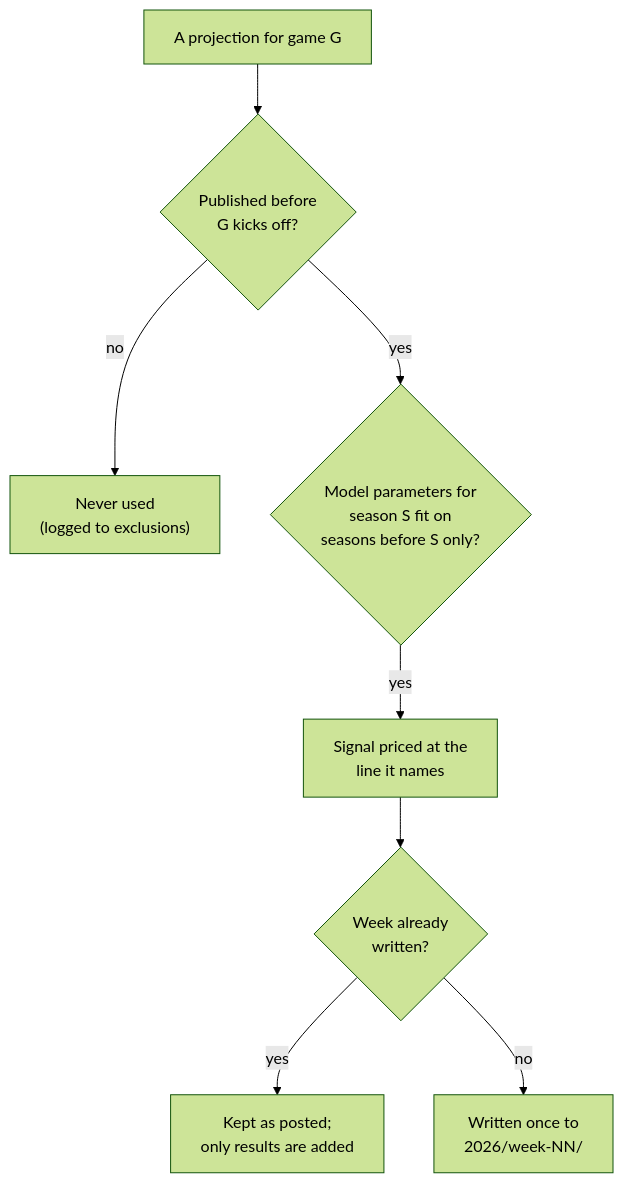
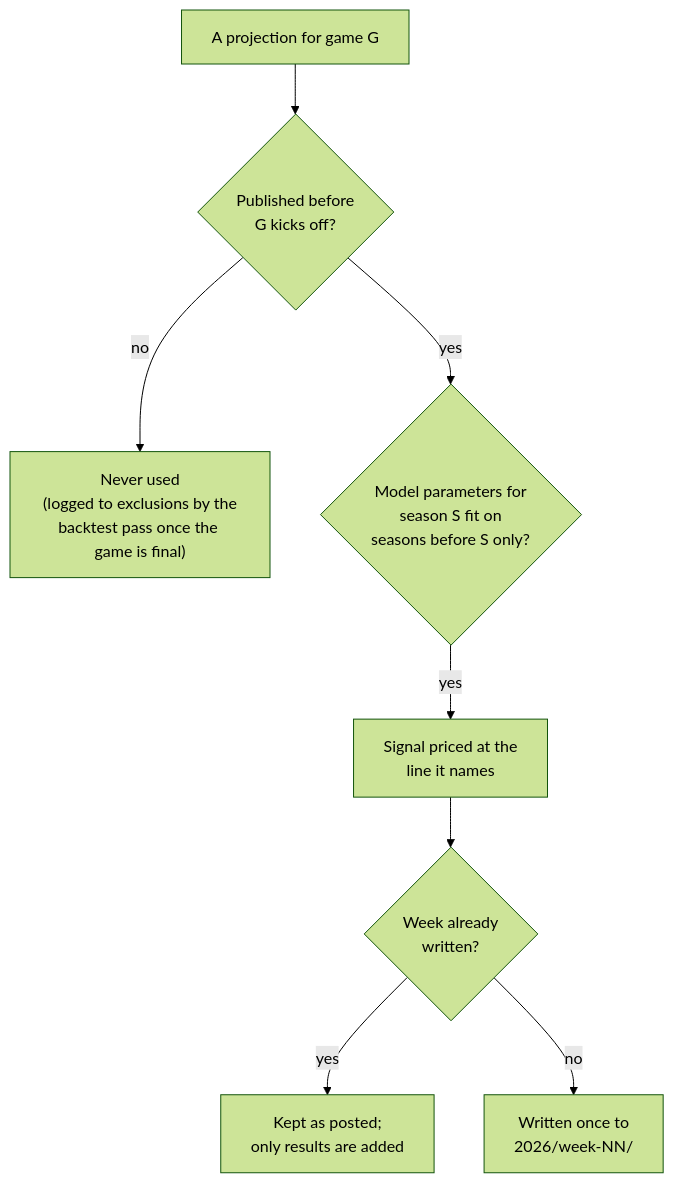
One commit to RohanRepala0/CollegeFootballRatings2026 changed the second of 3 diagrams in docs/ARCHITECTURE.md. Above: the diagram before and after it, drawn with Mermaid (forest theme). The commit also changed other lines of this file and 1 other file, not shown here.

First line of the commit message:
Correct the architecture diagrams against the code

````diff
--- a/docs/ARCHITECTURE.md
+++ b/docs/ARCHITECTURE.md
@@ -86,10 +88,10 @@
 ```mermaid
 flowchart TB
     P["A projection for game G"] --> Q{"Published before<br/>G kicks off?"}
-    Q -- no --> X["Never used<br/>(logged to exclusions)"]
+    Q -- no --> X["Never used<br/>(logged to exclusions by the<br/>backtest pass once the game is final)"]
     Q -- yes --> F{"Model parameters for<br/>season S fit on<br/>seasons before S only?"}
     F -- yes --> S["Signal priced at the<br/>line it names"]
     S --> W{"Week already<br/>written?"}
     W -- yes --> K["Kept as posted;<br/>only results are added"]
     W -- no --> N["Written once to<br/>2026/week-NN/"]
 ```
````
